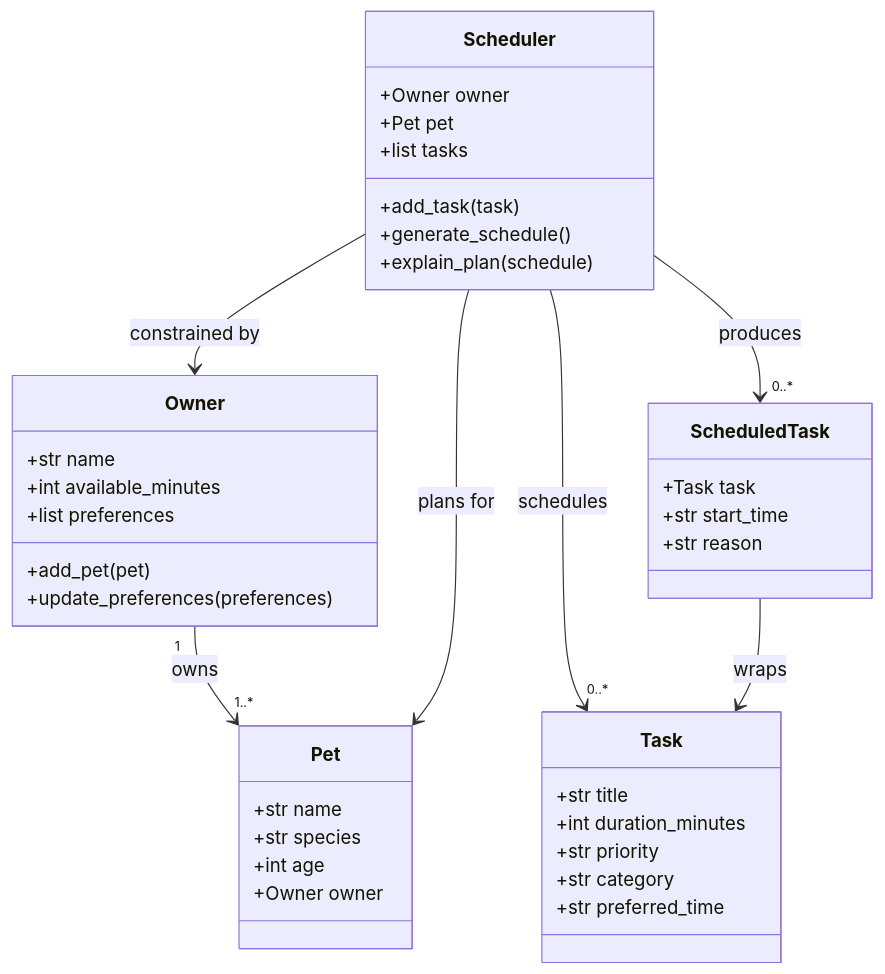
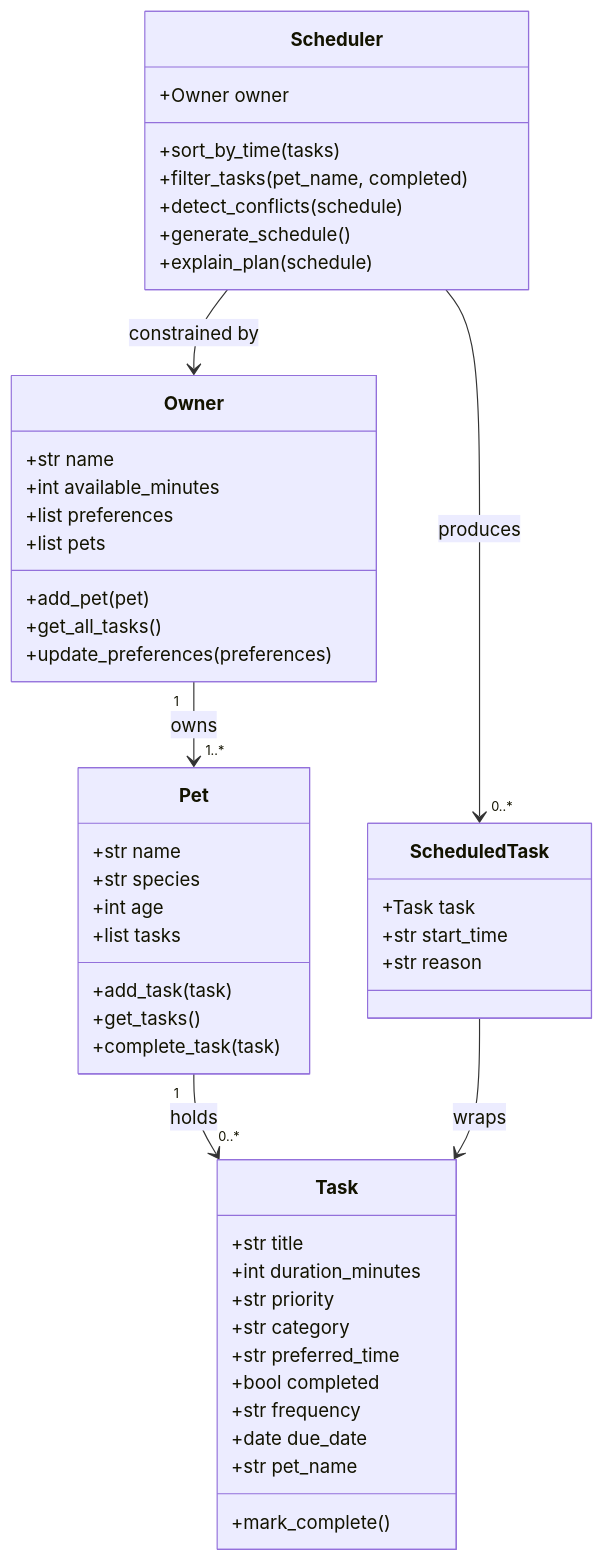
The diagram in reflection.md (Arman-Chaudhury/ai110-module2show-pawpal-starter), drawn with Mermaid before and after one commit. The commit also changed other lines of this file and 2 other files, not shown here.

First line of the commit message:
feat: finalize UI, update UML, complete reflection, polish README

````diff
--- a/reflection.md
+++ b/reflection.md
@@ -14,43 +14,52 @@
 ```mermaid
 classDiagram
     class Owner {
         +str name
         +int available_minutes
         +list preferences
+        +list pets
         +add_pet(pet)
+        +get_all_tasks()
         +update_preferences(preferences)
     }
     class Pet {
         +str name
         +str species
         +int age
-        +Owner owner
+        +list tasks
+        +add_task(task)
+        +get_tasks()
+        +complete_task(task)
     }
     class Task {
         +str title
         +int duration_minutes
         +str priority
         +str category
         +str preferred_time
+        +bool completed
+        +str frequency
+        +date due_date
+        +str pet_name
+        +mark_complete()
     }
     class ScheduledTask {
         +Task task
         +str start_time
         +str reason
     }
     class Scheduler {
         +Owner owner
-        +Pet pet
-        +list tasks
-        +add_task(task)
+        +sort_by_time(tasks)
+        +filter_tasks(pet_name, completed)
+        +detect_conflicts(schedule)
         +generate_schedule()
         +explain_plan(schedule)
     }
 
     Owner "1" --> "1..*" Pet : owns
+    Pet "1" --> "0..*" Task : holds
     Scheduler --> Owner : constrained by
-    Scheduler --> Pet : plans for
-    Scheduler --> "0..*" Task : schedules
     Scheduler --> "0..*" ScheduledTask : produces
     ScheduledTask --> Task : wraps
 ```
````
